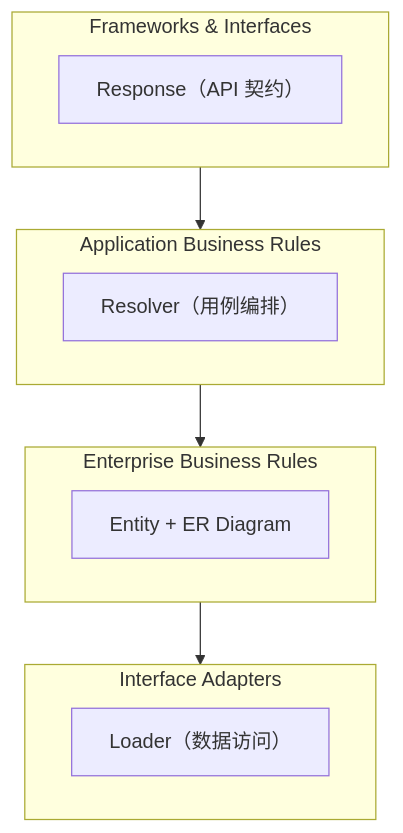
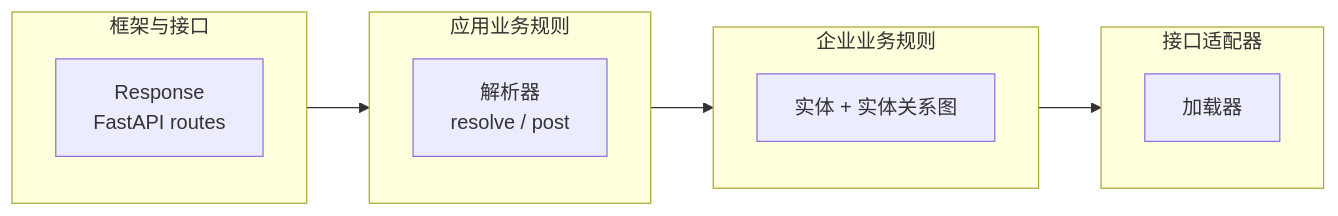
One commit to allmonday/pydantic-resolve changed the first of 2 diagrams in README.zh.md. Above: the diagram before and after it, drawn with Mermaid. The commit also changed other lines of this file and 17 other files, not shown here.

First line of the commit message:
Refactor documentation to emphasize Clean Architecture principles

````diff
--- a/README.zh.md
+++ b/README.zh.md
@@ -54,16 +62,16 @@
 ```mermaid
-graph TD
-    subgraph API["Frameworks & Interfaces"]
-        F1["Response（API 契约）"]
+flowchart LR
+    subgraph FW["框架与接口"]
+        R["Response<br/>FastAPI routes"]
     end
-    subgraph APP["Application Business Rules"]
-        A1["Resolver（用例编排）"]
+    subgraph APP["应用业务规则"]
+        RV["解析器<br/>resolve / post"]
     end
-    subgraph DOMAIN["Enterprise Business Rules"]
-        E1["Entity + ER Diagram"]
+    subgraph ENT["企业业务规则"]
+        E["实体 + 实体关系图"]
     end
-    subgraph DATA["Interface Adapters"]
-        D1["Loader（数据访问）"]
+    subgraph ADP["接口适配器"]
+        L["加载器"]
     end
-    API --> APP --> DOMAIN --> DATA
+    FW --> APP --> ENT --> ADP
 ```
````
